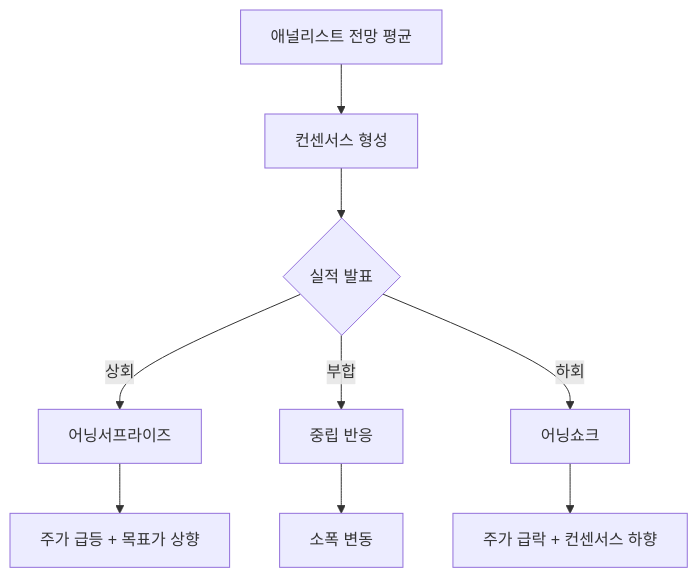
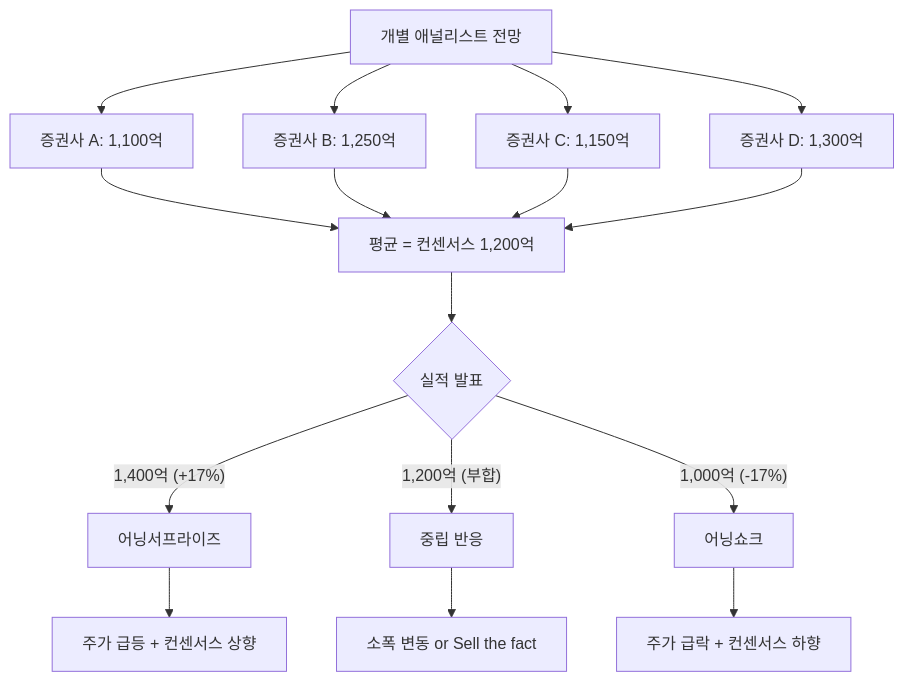
The diagram in content/stock-terms/ko/level-08-industry-macro/consensus.md (yeongseon/stock-visual-note), drawn with Mermaid before and after one commit. The commit also changed other lines of this file and 9 other files, not shown here.

Commit message:
content: rewrite level-08 (10 articles) — richer diagrams, realistic scenarios, blog tone

````diff
--- a/content/stock-terms/ko/level-08-industry-macro/consensus.md
+++ b/content/stock-terms/ko/level-08-industry-macro/consensus.md
@@ -42,11 +43,19 @@
 ```mermaid
 graph TD
-    A["애널리스트 전망 평균"] --> B["컨센서스 형성"]
+    A["개별 애널리스트 전망"]
+    A --> A1["증권사 A: 1,100억"]
+    A --> A2["증권사 B: 1,250억"]
+    A --> A3["증권사 C: 1,150억"]
+    A --> A4["증권사 D: 1,300억"]
+    A1 --> B["평균 = 컨센서스 1,200억"]
+    A2 --> B
+    A3 --> B
+    A4 --> B
     B --> C{"실적 발표"}
-    C -->|"상회"| D["어닝서프라이즈"]
-    C -->|"부합"| E["중립 반응"]
-    C -->|"하회"| F["어닝쇼크"]
-    D --> D1["주가 급등 + 목표가 상향"]
+    C -->|"1,400억 (+17%)"| D["어닝서프라이즈"]
+    C -->|"1,200억 (부합)"| E["중립 반응"]
+    C -->|"1,000억 (-17%)"| F["어닝쇼크"]
+    D --> D1["주가 급등 + 컨센서스 상향"]
     F --> F1["주가 급락 + 컨센서스 하향"]
-    E --> E1["소폭 변동"]
+    E --> E1["소폭 변동 or Sell the fact"]
 ```
````
